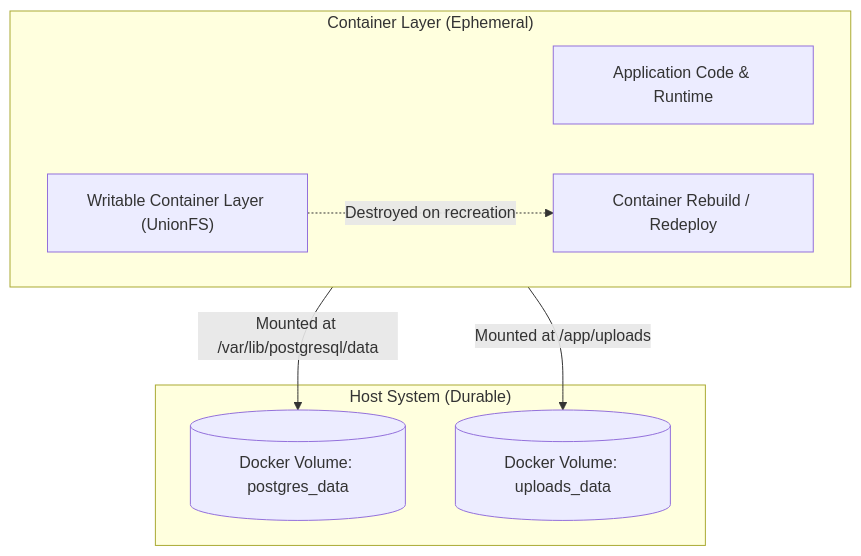
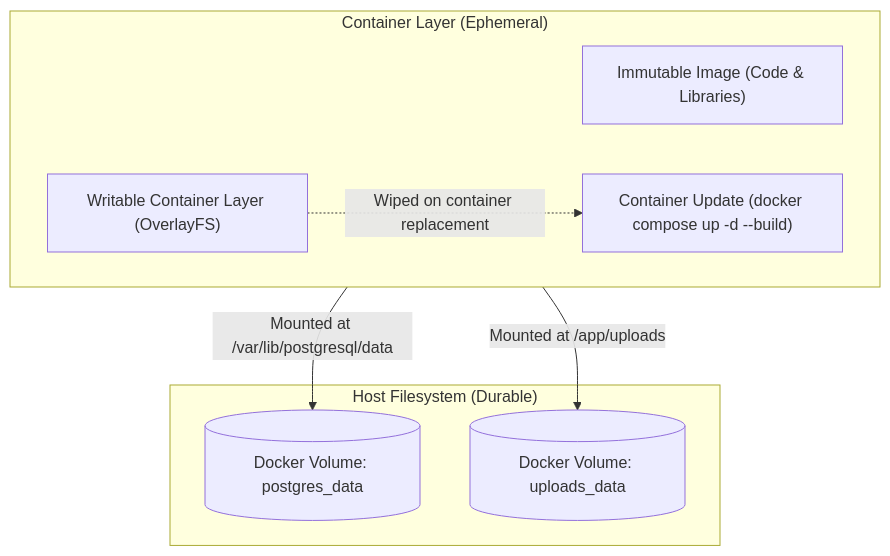
Before and after one commit to Pascal-Thommen/pascal-thommen.github.io: the fourth of 4 diagrams in content/posts/upa-campus-app-architecture-part-2/index.en.md, drawn with Mermaid. The commit also changed other lines of this file and 20 other files, not shown here.

Commit message:
feat(posts): refine UPA Campus App architecture series with holistic webapp mental model and specification depth

````diff
--- a/content/posts/upa-campus-app-architecture-part-2/index.en.md
+++ b/content/posts/upa-campus-app-architecture-part-2/index.en.md
@@ -255,15 +240,15 @@
 ```mermaid
 flowchart TD
     subgraph ContainerLifecycle["Container Layer (Ephemeral)"]
-        AppCode["Application Code & Runtime"]
-        TempFS["Writable Container Layer (UnionFS)"]
-        KillAction["Container Rebuild / Redeploy"]
-        TempFS -.->|Destroyed on recreation| KillAction
+        AppCode["Immutable Image (Code & Libraries)"]
+        TempFS["Writable Container Layer (OverlayFS)"]
+        KillAction["Container Update (docker compose up -d --build)"]
+        TempFS -.->|Wiped on container replacement| KillAction
     end
-    subgraph HostStorage["Host System (Durable)"]
+    subgraph HostStorage["Host Filesystem (Durable)"]
         PGVolume[("Docker Volume: postgres_data")]
         UploadVolume[("Docker Volume: uploads_data")]
     end
     ContainerLifecycle -->|Mounted at /var/lib/postgresql/data| PGVolume
     ContainerLifecycle -->|Mounted at /app/uploads| UploadVolume
 ```
````
